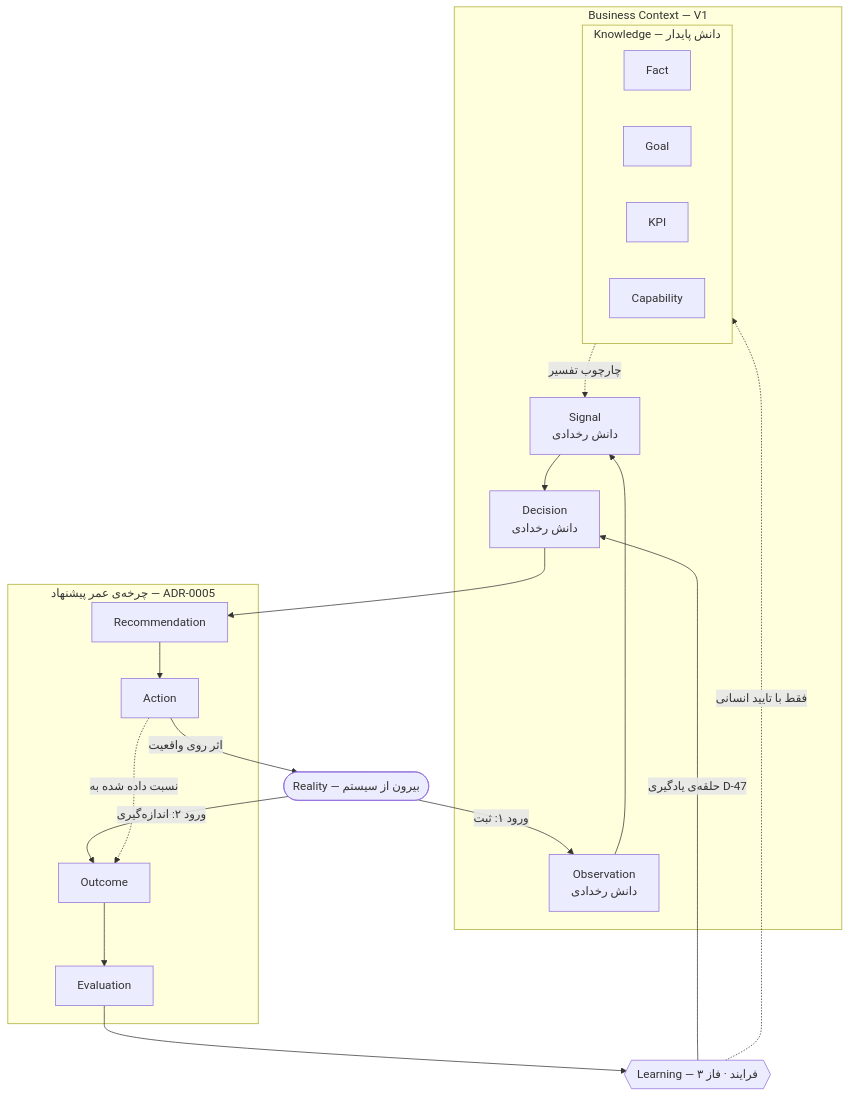
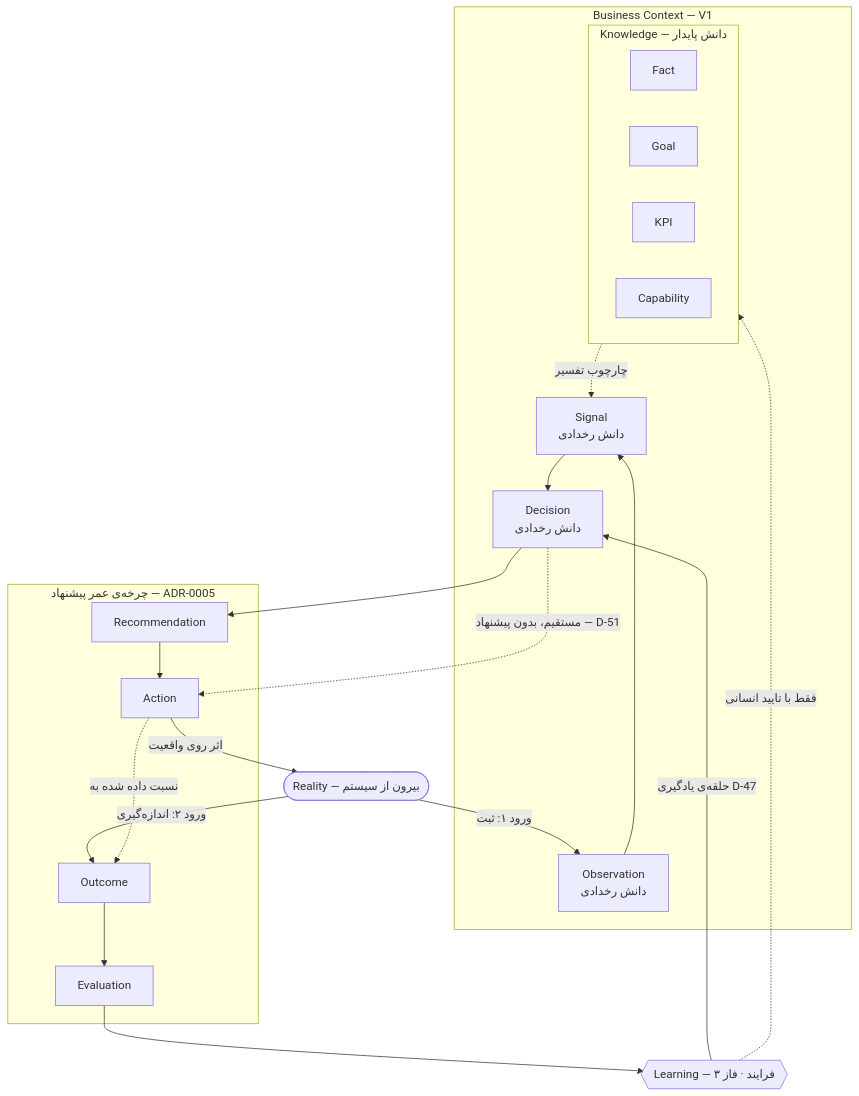
The diagram in mlino_book/contracts/KNOWLEDGE_LOOP_ALIGNMENT.md (aminansaricom-bot/mlino_3-sep), drawn with Mermaid before and after one commit. The commit also changed other lines of this file and 12 other files, not shown here.

````diff
--- a/mlino_book/contracts/KNOWLEDGE_LOOP_ALIGNMENT.md
+++ b/mlino_book/contracts/KNOWLEDGE_LOOP_ALIGNMENT.md
@@ -140,39 +140,40 @@
 ```mermaid
 flowchart TB
   R(["Reality — بیرون از سیستم"])
 
   subgraph BC["Business Context — V1"]
     O["Observation<br/>دانش رخدادی"]
     subgraph K["Knowledge — دانش پایدار"]
       F["Fact"]
       G["Goal"]
       KPI["KPI"]
       C["Capability"]
     end
     S["Signal<br/>دانش رخدادی"]
     D["Decision<br/>دانش رخدادی"]
   end
 
   subgraph LC["چرخه‌ی عمر پیشنهاد — ADR-0005"]
     RE["Recommendation"]
     A["Action"]
     OU["Outcome"]
     E["Evaluation"]
   end
 
   L{{"Learning — فرایند · فاز ۳"}}
 
   R -->|"ورود ۱: ثبت"| O
   O --> S
   K -.->|"چارچوب تفسیر"| S
   S --> D
   D --> RE
   RE --> A
+  D -.->|"مستقیم، بدون پیشنهاد — D-51"| A
   A -->|"اثر روی واقعیت"| R
   R -->|"ورود ۲: اندازه‌گیری"| OU
   A -.->|"نسبت داده شده به"| OU
   OU --> E
   E --> L
   L -->|"حلقه‌ی یادگیری D-47"| D
   L -.->|"فقط با تایید انسانی"| K
 ```
````
